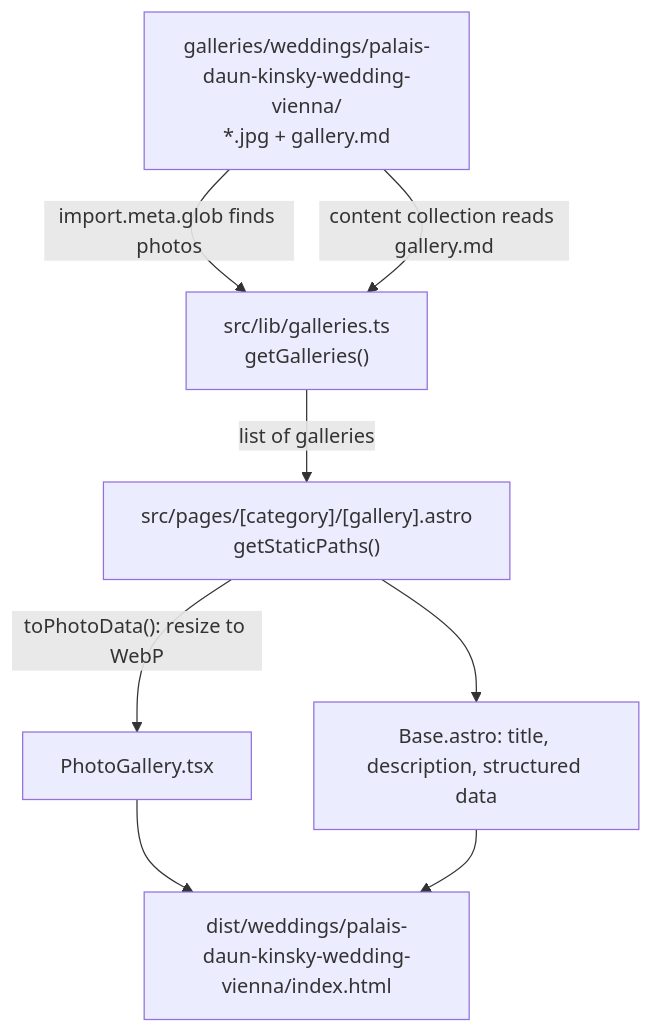
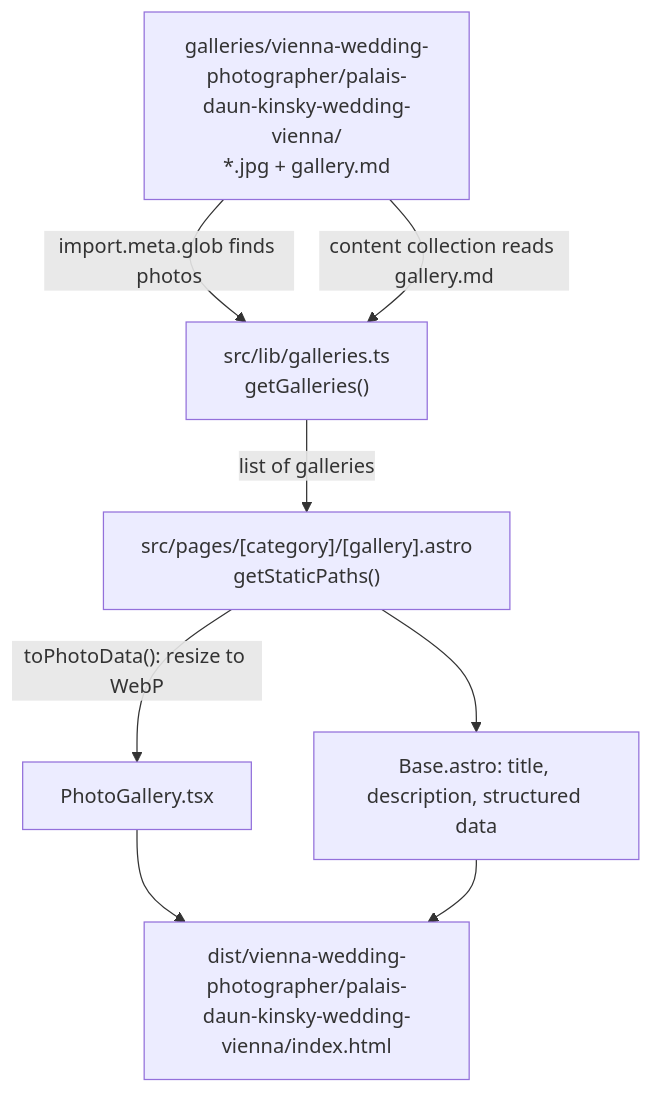
Before and after one commit to cmpsmn/gemycampei-website: the second of 3 diagrams in README.md, drawn with Mermaid. The commit also changed other lines of this file and 1055 other files, not shown here.

````diff
--- a/README.md
+++ b/README.md
@@ -234,11 +254,11 @@
 ```mermaid
 flowchart TD
-  F["galleries/weddings/palais-daun-kinsky-wedding-vienna/<br/>*.jpg + gallery.md"]
+  F["galleries/vienna-wedding-photographer/palais-daun-kinsky-wedding-vienna/<br/>*.jpg + gallery.md"]
   F -->|"import.meta.glob finds photos"| L["src/lib/galleries.ts<br/>getGalleries()"]
   F -->|"content collection reads gallery.md"| L
   L -->|"list of galleries"| P["src/pages/[category]/[gallery].astro<br/>getStaticPaths()"]
   P -->|"toPhotoData(): resize to WebP"| C["PhotoGallery.tsx"]
   P --> B["Base.astro: title, description, structured data"]
-  C --> H["dist/weddings/palais-daun-kinsky-wedding-vienna/index.html"]
+  C --> H["dist/vienna-wedding-photographer/palais-daun-kinsky-wedding-vienna/index.html"]
   B --> H
 ```
````
